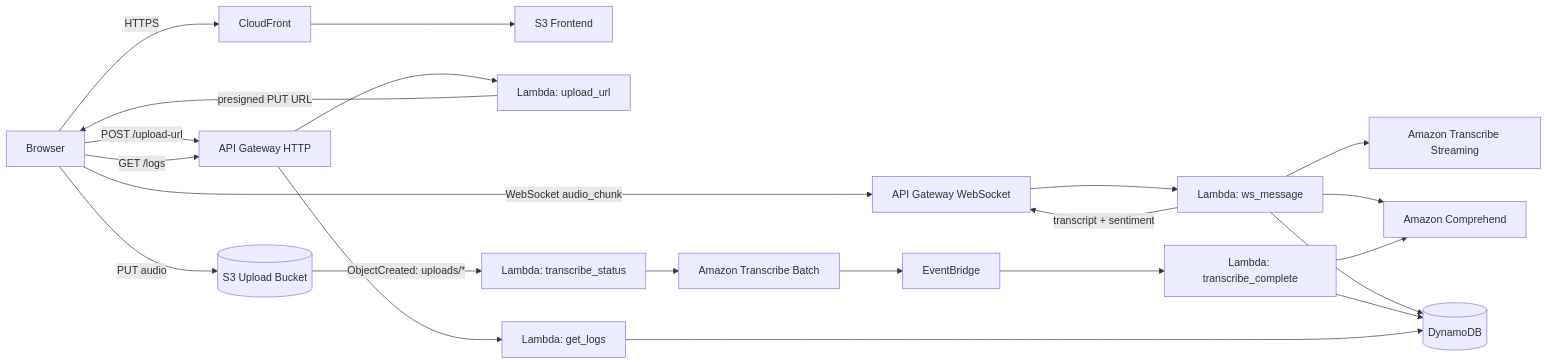
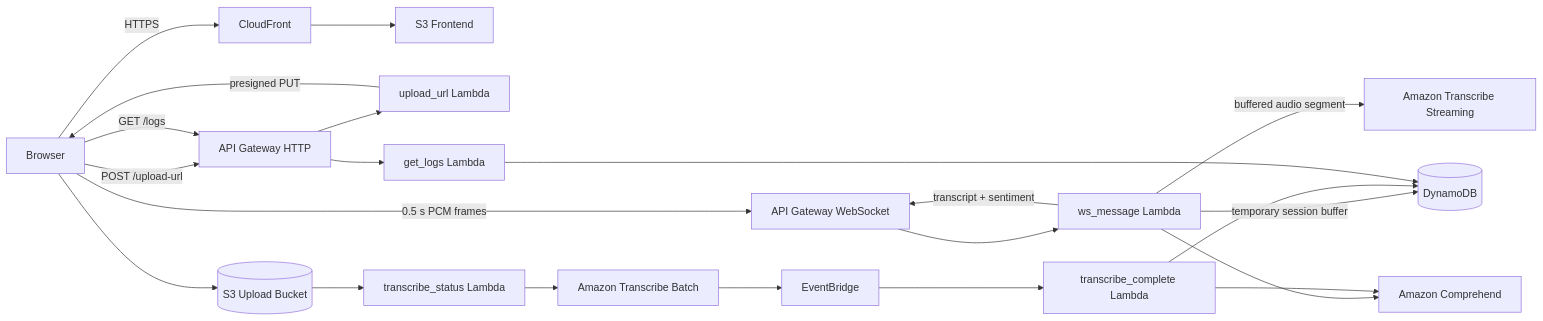
Before and after one commit to SahilBh01r1769/aws-audio-transcription-sentiment: the diagram in README.md, drawn with Mermaid. The commit also changed other lines of this file, not shown here.

Commit message:
docs: update README for buffered live transcription

````diff
--- a/README.md
+++ b/README.md
@@ -25,28 +34,28 @@
 ```mermaid
 flowchart LR
     U[Browser] -->|HTTPS| CF[CloudFront]
     CF --> FE[S3 Frontend]
 
-    U -->|WebSocket audio_chunk| WS[API Gateway WebSocket]
-    WS --> WM[Lambda: ws_message]
-    WM --> TS[Amazon Transcribe Streaming]
+    U -->|0.5 s PCM frames| WS[API Gateway WebSocket]
+    WS --> WM[ws_message Lambda]
+    WM -->|temporary session buffer| DDB[(DynamoDB)]
+    WM -->|buffered audio segment| TS[Amazon Transcribe Streaming]
     WM --> C[Amazon Comprehend]
-    WM --> DDB[(DynamoDB)]
     WM -->|transcript + sentiment| WS
 
     U -->|POST /upload-url| HTTP[API Gateway HTTP]
-    HTTP --> UL[Lambda: upload_url]
-    UL -->|presigned PUT URL| U
-    U -->|PUT audio| S3[(S3 Upload Bucket)]
+    HTTP --> UL[upload_url Lambda]
+    UL -->|presigned PUT| U
+    U --> S3[(S3 Upload Bucket)]
 
-    S3 -->|ObjectCreated: uploads/*| ST[Lambda: transcribe_status]
+    S3 --> ST[transcribe_status Lambda]
     ST --> TB[Amazon Transcribe Batch]
     TB --> EB[EventBridge]
-    EB --> TC[Lambda: transcribe_complete]
+    EB --> TC[transcribe_complete Lambda]
     TC --> C
     TC --> DDB
 
     U -->|GET /logs| HTTP
-    HTTP --> GL[Lambda: get_logs]
+    HTTP --> GL[get_logs Lambda]
     GL --> DDB
 ```
````
